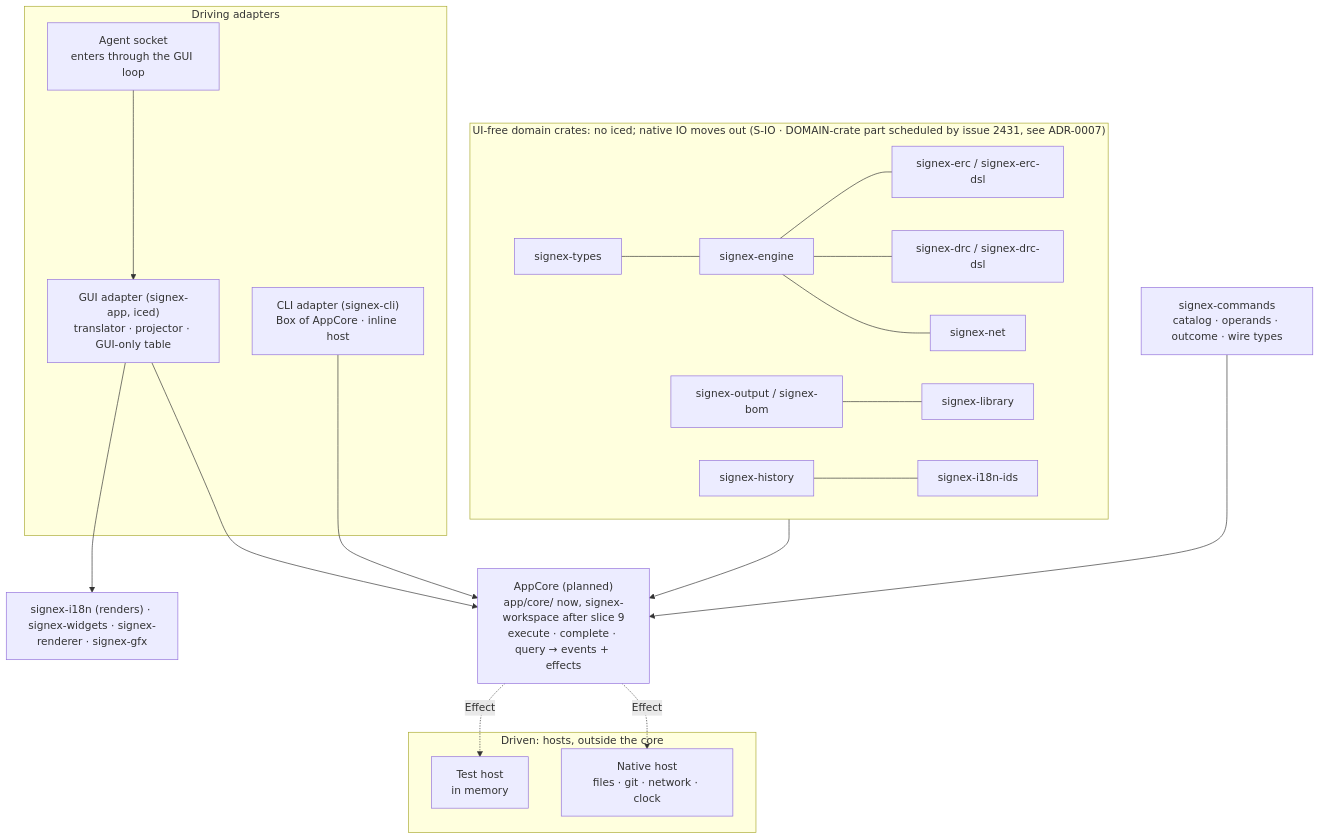
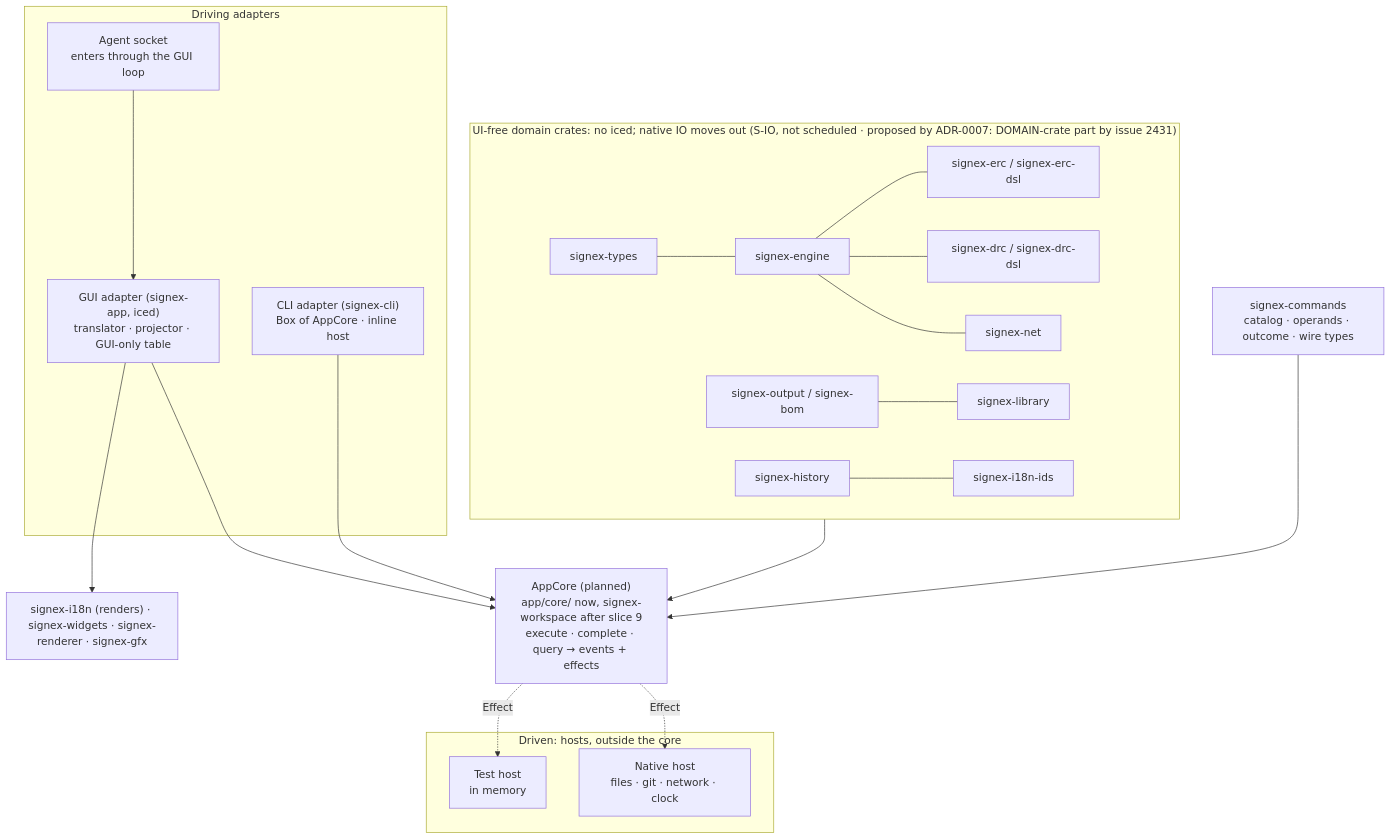
Before and after one commit to alplabai/signex: the second of 5 diagrams in docs/architecture/adr-0006-application-core.md, drawn with Mermaid. The commit also changed other lines of this file and 2 other files, not shown here.

First line of the commit message:
docs(architecture): ADR-0007 keeps only the Community boundary; Pro service design moves to signex-pro

````diff
--- a/docs/architecture/adr-0006-application-core.md
+++ b/docs/architecture/adr-0006-application-core.md
@@ -88,30 +89,30 @@
 ```mermaid
 flowchart TB
-  subgraph domain["UI-free domain crates: no iced; native IO moves out (S-IO · DOMAIN-crate part scheduled by issue 2431, see ADR-0007)"]
+  subgraph domain["UI-free domain crates: no iced; native IO moves out (S-IO, not scheduled · proposed by ADR-0007: DOMAIN-crate part by issue 2431)"]
     types["signex-types"] --- engine["signex-engine"]
     engine --- erc["signex-erc / signex-erc-dsl"]
     engine --- drc["signex-drc / signex-drc-dsl"]
     engine --- net["signex-net"]
     output["signex-output / signex-bom"] --- library["signex-library"]
     history["signex-history"] --- ids["signex-i18n-ids"]
   end
   commands["signex-commands<br/>catalog · operands · outcome · wire types"]
   core["AppCore (planned)<br/>app/core/ now, signex-workspace after slice 9<br/>execute · complete · query → events + effects"]
   domain --> core
   commands --> core
   subgraph hosts["Driven: hosts, outside the core"]
     native["Native host<br/>files · git · network · clock"]
     testhost["Test host<br/>in memory"]
   end
   core -.->|"Effect"| native
   core -.->|"Effect"| testhost
   subgraph adapters["Driving adapters"]
     gui["GUI adapter (signex-app, iced)<br/>translator · projector · GUI-only table"]
     cli["CLI adapter (signex-cli)<br/>Box of AppCore · inline host"]
     sock["Agent socket<br/>enters through the GUI loop"]
   end
   gui --> core
   cli --> core
   sock --> gui
   gui --> ui["signex-i18n (renders) · signex-widgets · signex-renderer · signex-gfx"]
 ```
````
